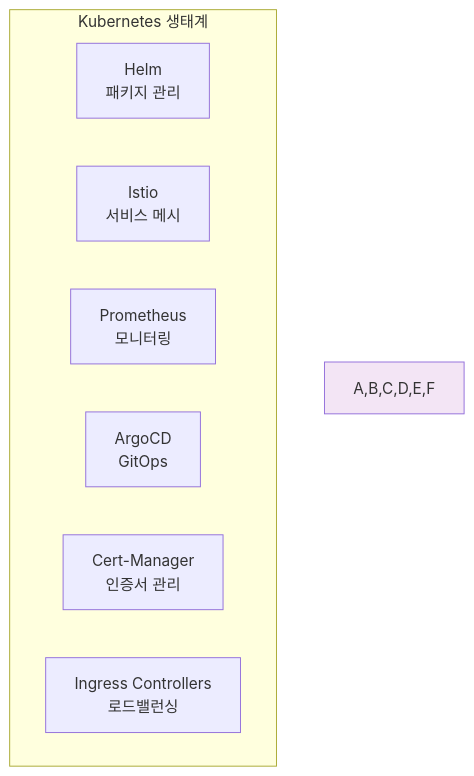
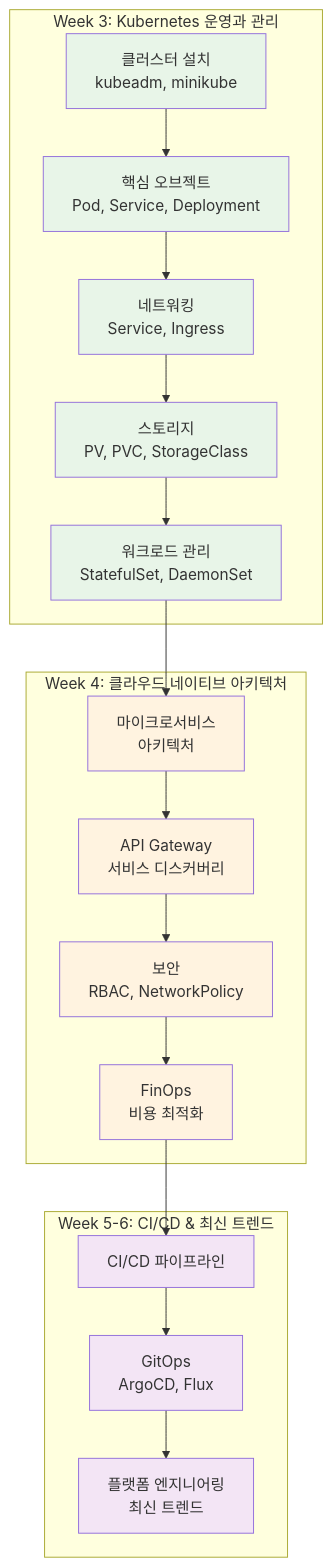
Before and after one commit to niceguy61/kdt_devops_lecture_2025: the second of 3 diagrams in theory/week_02/day4/session_3.md, drawn with Mermaid. The commit also changed other lines of this file and 27 other files, not shown here.

````diff
--- a/theory/week_02/day4/session_3.md
+++ b/theory/week_02/day4/session_3.md
@@ -135,13 +75,36 @@
 ```mermaid
 graph TB
-    subgraph "Kubernetes 생태계"
-        A[Helm<br/>패키지 관리]
-        B[Istio<br/>서비스 메시]
-        C[Prometheus<br/>모니터링]
-        D[ArgoCD<br/>GitOps]
-        E[Cert-Manager<br/>인증서 관리]
-        F[Ingress Controllers<br/>로드밸런싱]
+    subgraph "Week 3: Kubernetes 운영과 관리"
+        A[클러스터 설치<br/>kubeadm, minikube] --> B[핵심 오브젝트<br/>Pod, Service, Deployment]
+        B --> C[네트워킹<br/>Service, Ingress]
+        C --> D[스토리지<br/>PV, PVC, StorageClass]
+        D --> E[워크로드 관리<br/>StatefulSet, DaemonSet]
     end
     
-    style A,B,C,D,E,F fill:#f3e5f5
+    subgraph "Week 4: 클라우드 네이티브 아키텍처"
+        F[마이크로서비스<br/>아키텍처] --> G[API Gateway<br/>서비스 디스커버리]
+        G --> H[보안<br/>RBAC, NetworkPolicy]
+        H --> I[FinOps<br/>비용 최적화]
+    end
+    
+    subgraph "Week 5-6: CI/CD & 최신 트렌드"
+        J[CI/CD 파이프라인] --> K[GitOps<br/>ArgoCD, Flux]
+        K --> L[플랫폼 엔지니어링<br/>최신 트렌드]
+    end
+    
+    E --> F
+    I --> J
+    
+    style A fill:#e8f5e8
+    style B fill:#e8f5e8
+    style C fill:#e8f5e8
+    style D fill:#e8f5e8
+    style E fill:#e8f5e8
+    style F fill:#fff3e0
+    style G fill:#fff3e0
+    style H fill:#fff3e0
+    style I fill:#fff3e0
+    style J fill:#f3e5f5
+    style K fill:#f3e5f5
+    style L fill:#f3e5f5
 ```
````
